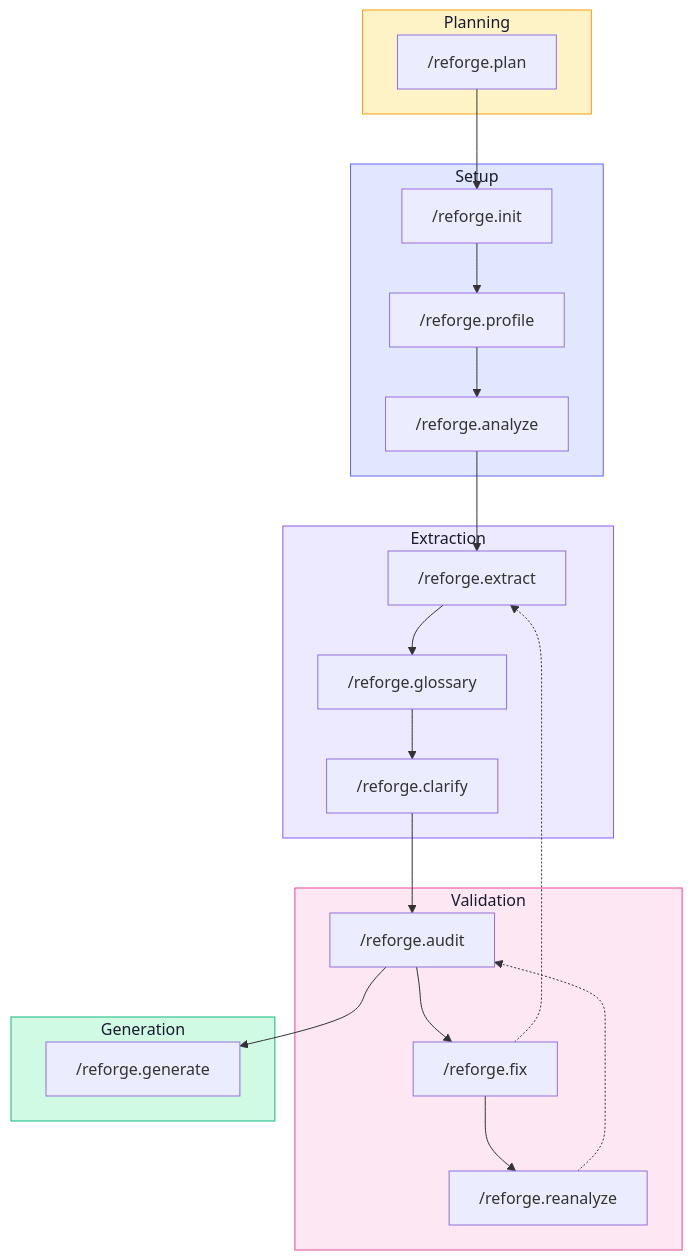
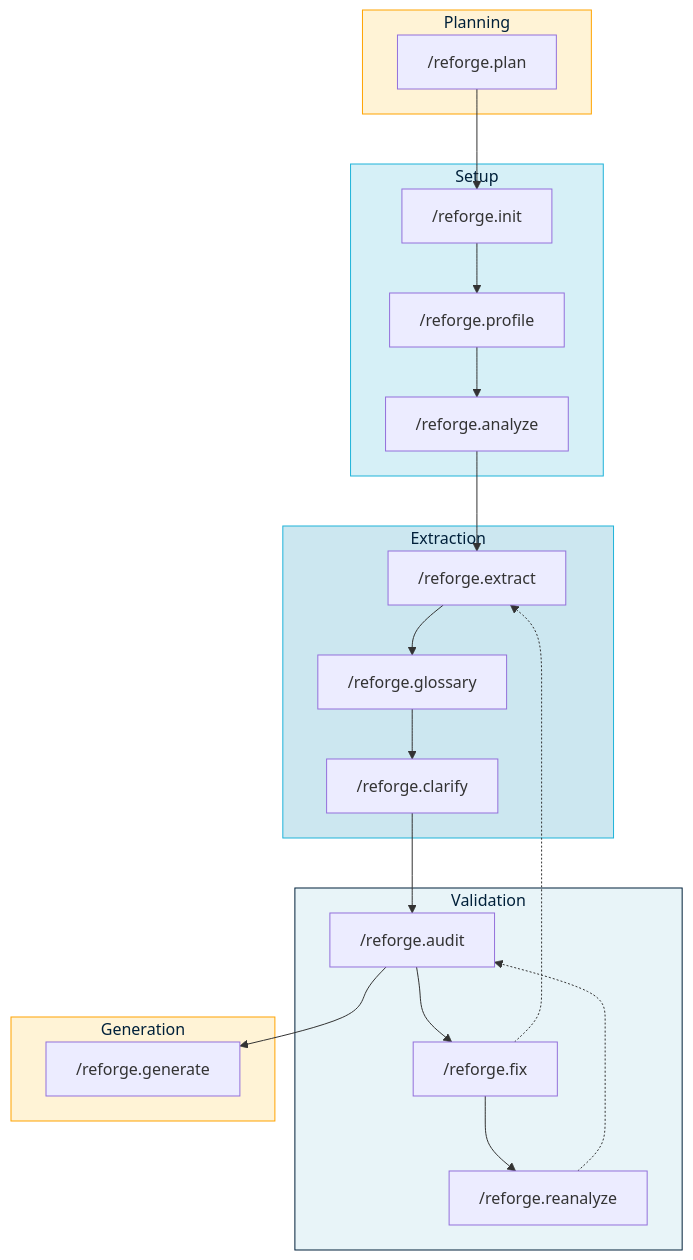
One commit to pratik-aditi/Reforge_v1 changed the diagram in docs/guides/workflow.md. Above: the diagram before and after it, drawn with Mermaid. The commit also changed 4 other files, not shown here.

````diff
--- a/docs/guides/workflow.md
+++ b/docs/guides/workflow.md
@@ -13,38 +13,38 @@
 ```mermaid
 graph TD
   subgraph Planning
     P["/reforge.plan"]
   end
 
   subgraph Setup
     I["/reforge.init"] --> PR["/reforge.profile"]
     PR --> A["/reforge.analyze"]
   end
 
   subgraph Extraction
     E["/reforge.extract"] --> G["/reforge.glossary"]
     G --> CL["/reforge.clarify"]
   end
 
   subgraph Validation
     AU["/reforge.audit"] --> FX["/reforge.fix"]
     FX --> RA["/reforge.reanalyze"]
     RA -.-> AU
   end
 
   subgraph Generation
     GEN["/reforge.generate"]
   end
 
   P --> I
   A --> E
   CL --> AU
   FX -.-> E
   AU --> GEN
 
-  style Planning fill:#fef3c7,stroke:#f59e0b,color:#1a1a2e
-  style Setup fill:#e0e7ff,stroke:#6366f1,color:#1a1a2e
-  style Extraction fill:#ede9fe,stroke:#8b5cf6,color:#1a1a2e
-  style Validation fill:#fce7f3,stroke:#ec4899,color:#1a1a2e
-  style Generation fill:#d1fae5,stroke:#10b981,color:#1a1a2e
+  style Planning fill:#fff3d6,stroke:#FFA301,color:#00203A
+  style Setup fill:#d6f0f7,stroke:#1FB3D9,color:#00203A
+  style Extraction fill:#cce7f0,stroke:#1FB3D9,color:#00203A
+  style Validation fill:#e8f4f8,stroke:#00203A,color:#00203A
+  style Generation fill:#fff3d6,stroke:#FFA301,color:#00203A
 ```
````
